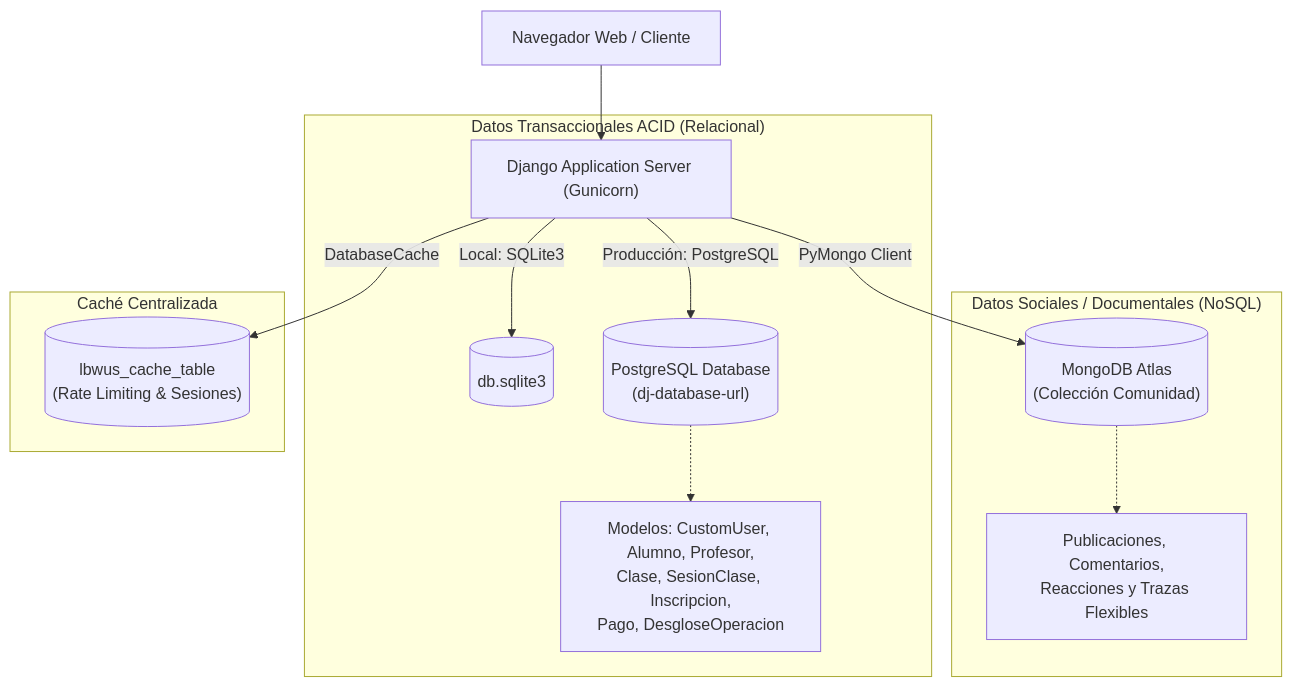
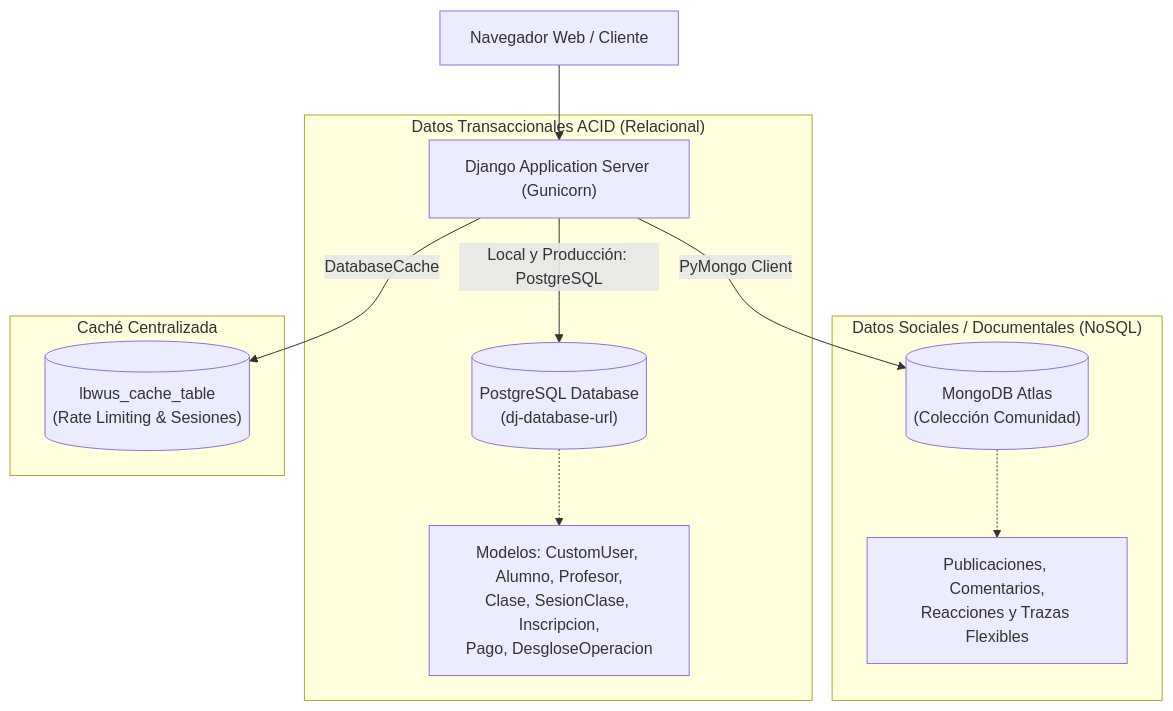
The first of 2 diagrams in docs/INFORME_COMPLETO_PROYECTO_LBWUS.md (Haekz/Capstone), drawn with Mermaid before and after one commit. The commit also changed other lines of this file and 11 other files, not shown here.

````diff
--- a/docs/INFORME_COMPLETO_PROYECTO_LBWUS.md
+++ b/docs/INFORME_COMPLETO_PROYECTO_LBWUS.md
@@ -99,19 +99,18 @@
 ```mermaid
 flowchart TD
     Client["Navegador Web / Cliente"] --> LBWUS["Django Application Server (Gunicorn)"]
     
     subgraph Persistencia Relacional ["Datos Transaccionales ACID (Relacional)"]
-        LBWUS -->|Local: SQLite3| DevDB[("db.sqlite3")]
-        LBWUS -->|Producción: PostgreSQL| ProdDB[("PostgreSQL Database\n(dj-database-url)")]
+        LBWUS -->|Local y Producción: PostgreSQL| ProdDB[("PostgreSQL Database\n(dj-database-url)")]
         ProdDB -.-> RelModels["Modelos: CustomUser, Alumno, Profesor,\nClase, SesionClase, Inscripcion,\nPago, DesgloseOperacion"]
     end
     
     subgraph Persistencia NoSQL ["Datos Sociales / Documentales (NoSQL)"]
         LBWUS -->|PyMongo Client| MongoDB[("MongoDB Atlas\n(Colección Comunidad)")]
         MongoDB -.-> DocModels["Publicaciones, Comentarios,\nReacciones y Trazas Flexibles"]
     end
     
     subgraph Persistencia de Estado ["Caché Centralizada"]
         LBWUS -->|DatabaseCache| CacheTable[("lbwus_cache_table\n(Rate Limiting & Sesiones)")]
     end
 ```
````
